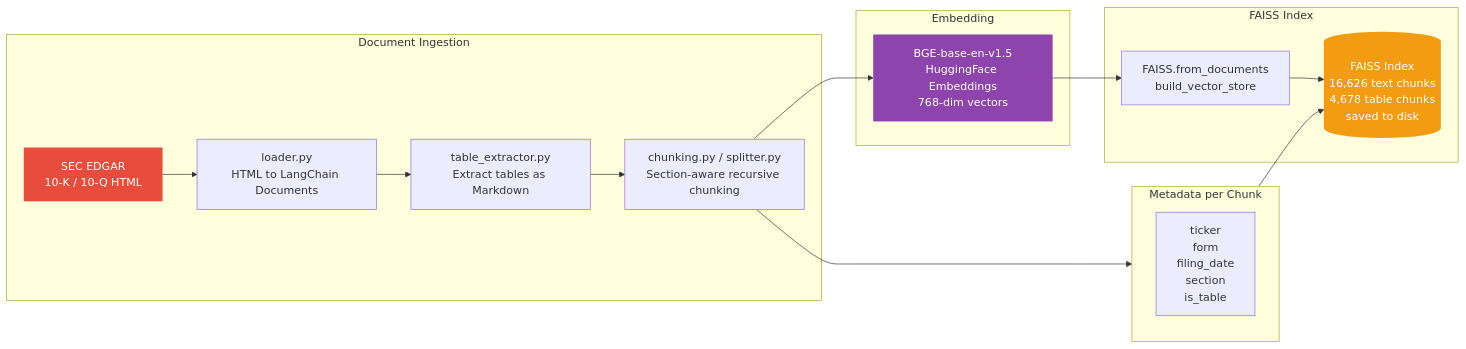
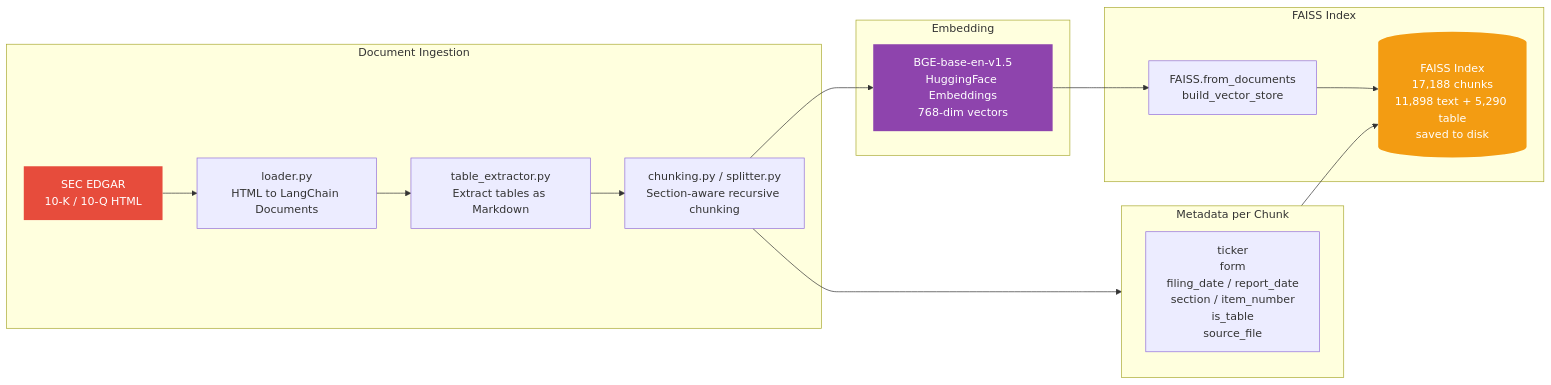
The third of 5 diagrams in README.md (Etrlnx/FIEND), drawn with Mermaid before and after one commit. The commit also changed other lines of this file and 2 other files, not shown here.

Commit message:
docs: realign README and knowledge graph with the current system

````diff
--- a/README.md
+++ b/README.md
@@ -84,28 +84,28 @@
 ```mermaid
 flowchart LR
     subgraph INGEST["Document Ingestion"]
         A["SEC EDGAR\n10-K / 10-Q HTML"] --> B["loader.py\nHTML to LangChain Documents"]
         B --> C["table_extractor.py\nExtract tables as Markdown"]
         C --> D["chunking.py / splitter.py\nSection-aware recursive chunking"]
     end
 
     subgraph EMBED["Embedding"]
         D --> E["BGE-base-en-v1.5\nHuggingFace Embeddings\n768-dim vectors"]
     end
 
     subgraph STORE["FAISS Index"]
         E --> F["FAISS.from_documents\nbuild_vector_store"]
-        F --> G[("FAISS Index\n16,626 text chunks\n4,678 table chunks\nsaved to disk")]
+        F --> G[("FAISS Index\n17,188 chunks\n11,898 text + 5,290 table\nsaved to disk")]
     end
 
     subgraph META["Metadata per Chunk"]
-        H["ticker\nform\nfiling_date\nsection\nis_table"]
+        H["ticker\nform\nfiling_date / report_date\nsection / item_number\nis_table\nsource_file"]
     end
 
     D --> META
     META --> G
 
     style A fill:#E74C3C,color:#fff,stroke:none
     style G fill:#F39C12,color:#fff,stroke:none
     style E fill:#8E44AD,color:#fff,stroke:none
 ```
````
